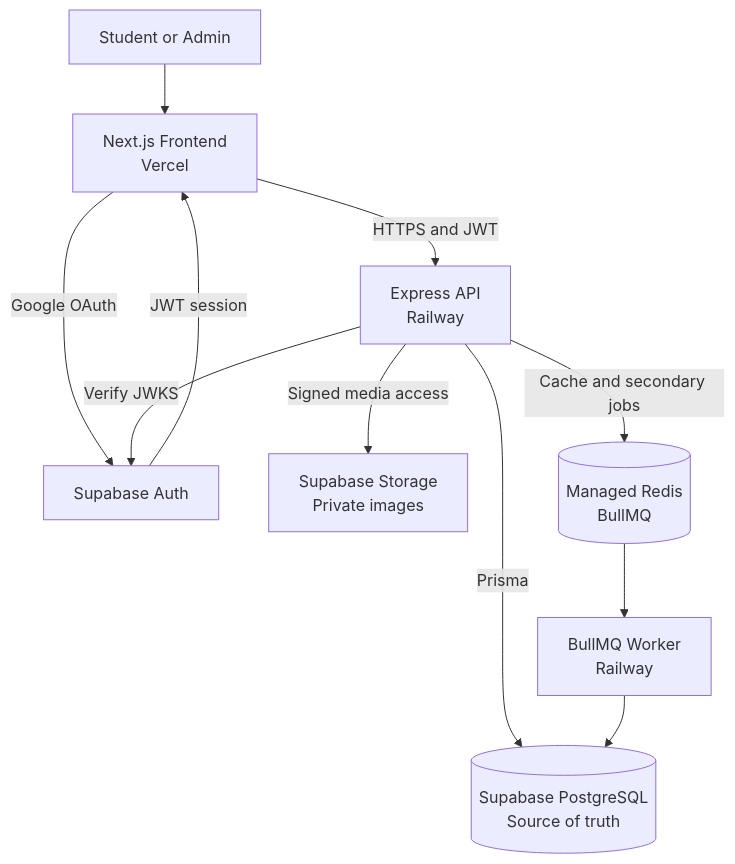
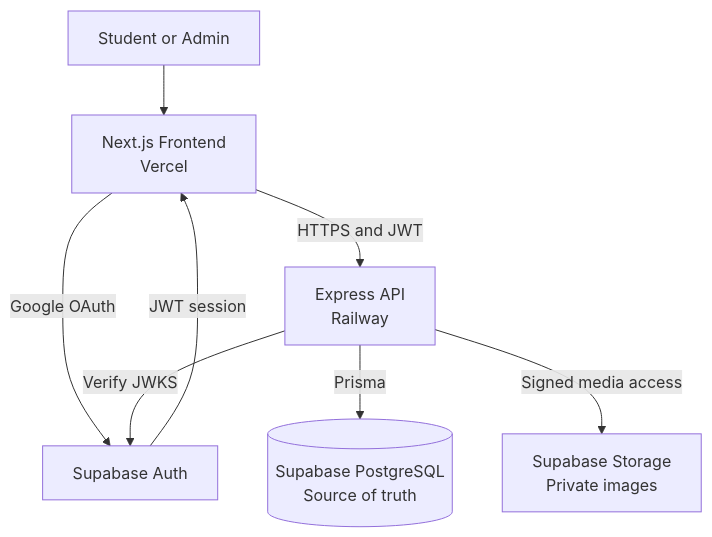
One commit to ayushs206/owasp-quiz-be changed the first of 3 diagrams in README.md. Above: the diagram before and after it, drawn with Mermaid. The commit also changed other lines of this file and 4 other files, not shown here.

Commit message:
docs: simplify v1 architecture

````diff
--- a/README.md
+++ b/README.md
@@ -27,13 +27,10 @@
 ```mermaid
 flowchart TD
     USER[Student or Admin] --> FE[Next.js Frontend<br/>Vercel]
     FE -->|Google OAuth| AUTH[Supabase Auth]
     AUTH -->|JWT session| FE
     FE -->|HTTPS and JWT| API[Express API<br/>Railway]
     API -->|Verify JWKS| AUTH
     API -->|Prisma| DB[(Supabase PostgreSQL<br/>Source of truth)]
     API -->|Signed media access| STORAGE[Supabase Storage<br/>Private images]
-    API -->|Cache and secondary jobs| REDIS[(Managed Redis<br/>BullMQ)]
-    REDIS --> WORKER[BullMQ Worker<br/>Railway]
-    WORKER --> DB
 ```
````
